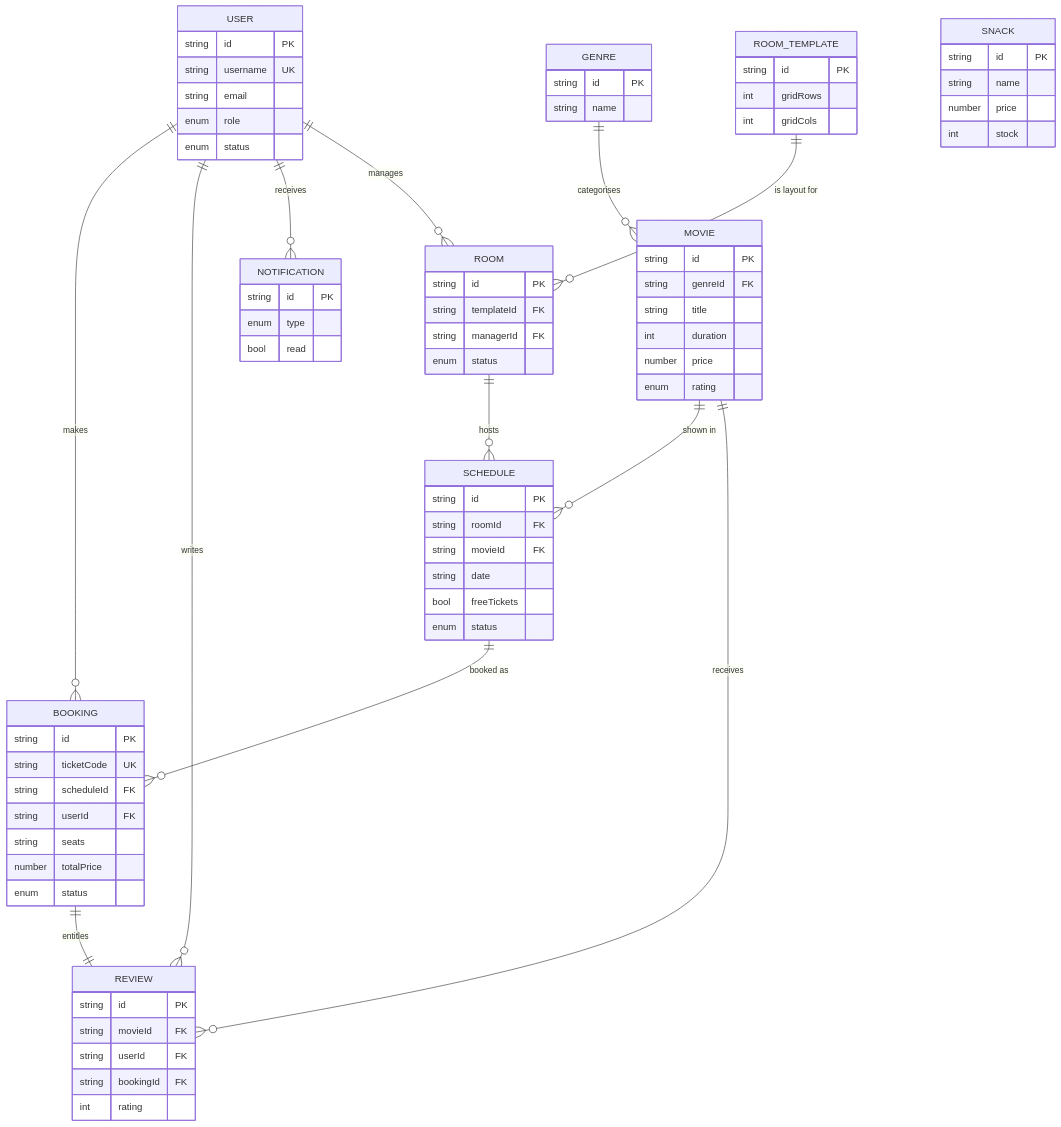
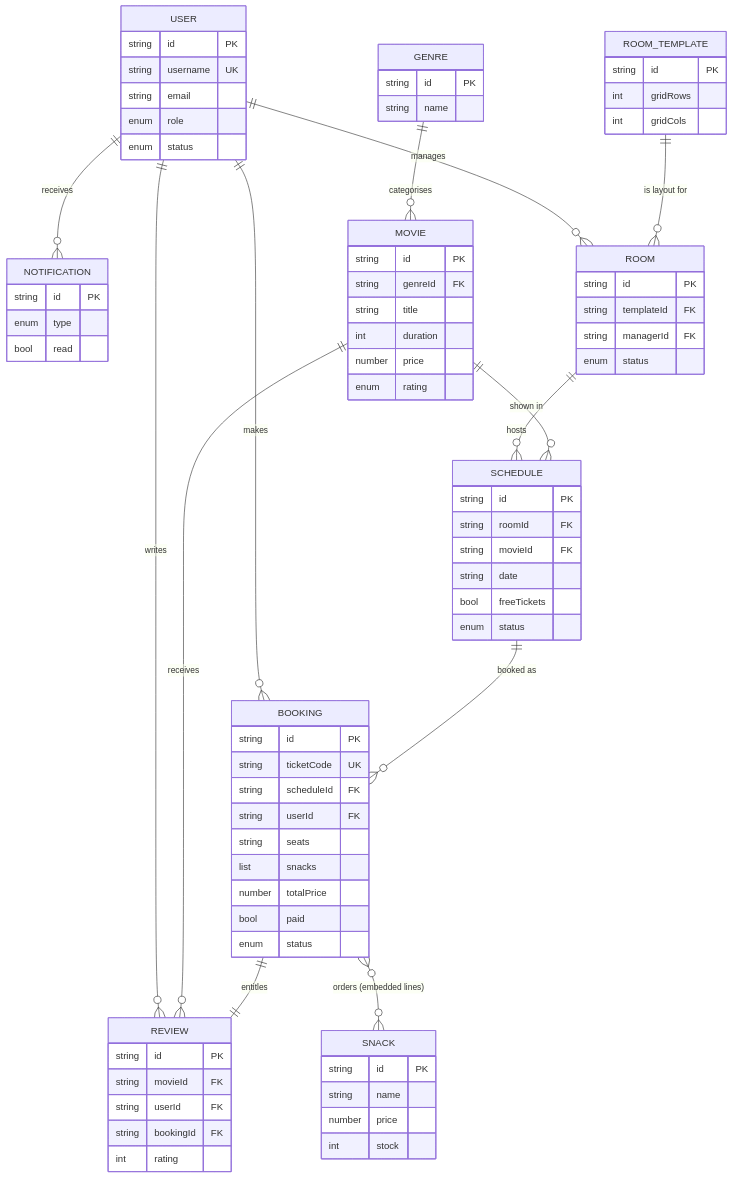
One commit to hspena/unicinema-project changed the diagram in DOCUMENTATION.md. Above: the diagram before and after it, drawn with Mermaid. The commit also changed other lines of this file and 1 other file, not shown here.

```diff
--- a/DOCUMENTATION.md
+++ b/DOCUMENTATION.md
@@ -636,6 +646,7 @@
     SCHEDULE ||--o{ BOOKING : "booked as"
     MOVIE ||--o{ REVIEW : "receives"
     BOOKING ||--|| REVIEW : "entitles"
+    BOOKING }o--o{ SNACK : "orders (embedded lines)"
 
     USER {
         string id PK
@@ -681,7 +692,9 @@
         string scheduleId FK
         string userId FK
         string seats
+        list   snacks
         number totalPrice
+        bool   paid
         enum   status
     }
     REVIEW {
```
